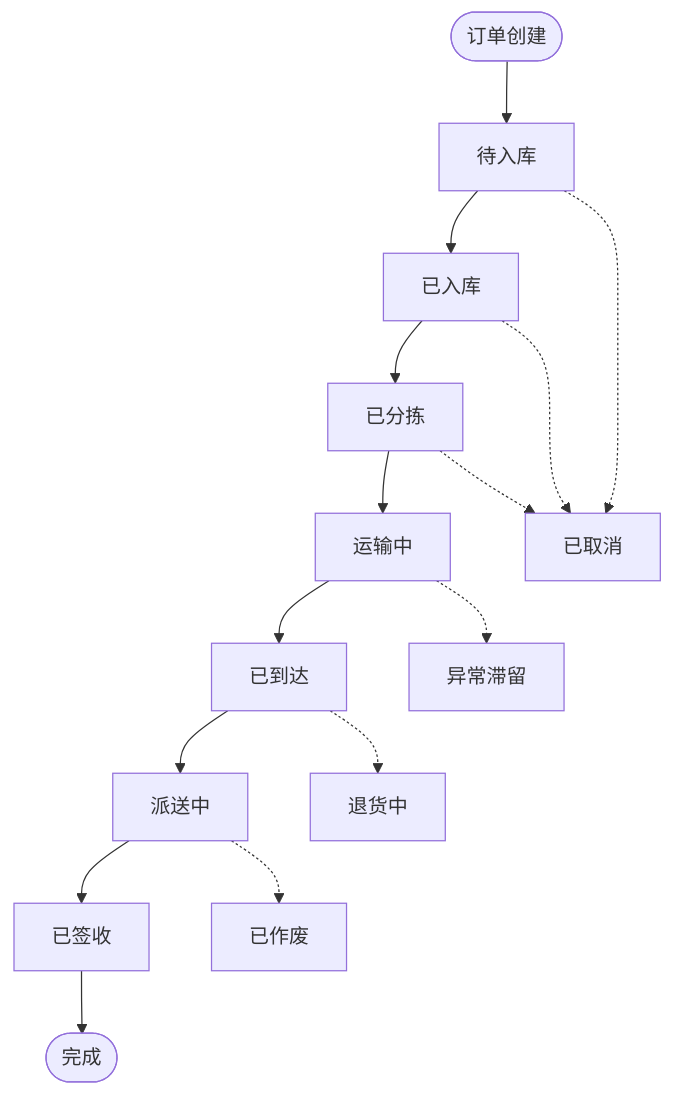
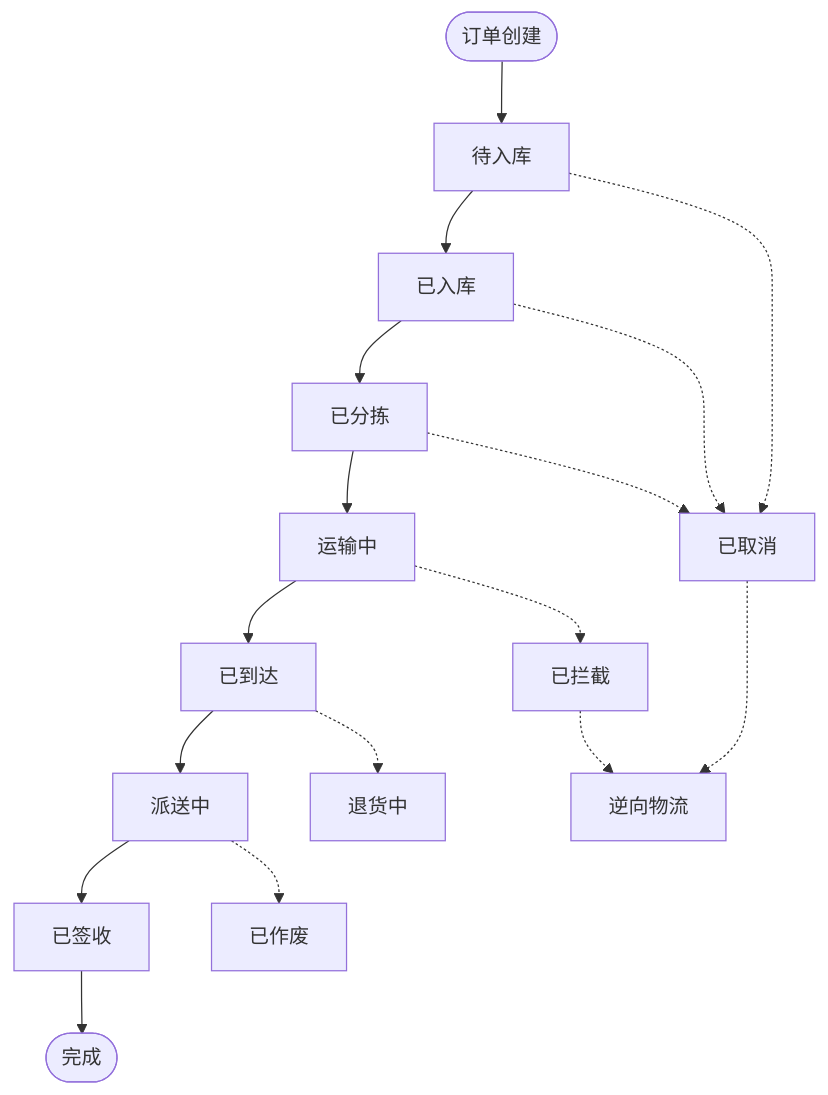
One commit to PengLine/blog-tms changed the fourth of 11 diagrams in .qoder/repowiki/zh/content/系统管理模块/运营管理/订单管理.md. Above: the diagram before and after it, drawn with Mermaid. The commit also changed other lines of this file and 101 other files, not shown here.

````diff
--- a/.qoder/repowiki/zh/content/系统管理模块/运营管理/订单管理.md
+++ b/.qoder/repowiki/zh/content/系统管理模块/运营管理/订单管理.md
@@ -276,17 +310,19 @@
 ```mermaid
 flowchart TD
 Start(["订单创建"]) --> Pending["待入库"]
 Pending --> Inbound["已入库"]
 Inbound --> Sorted["已分拣"]
 Sorted --> Shipping["运输中"]
 Shipping --> Arrived["已到达"]
 Arrived --> Delivering["派送中"]
 Delivering --> Signed["已签收"]
 Signed --> End(["完成"])
 Pending -.-> Cancelled["已取消"]
 Inbound -.-> Cancelled
 Sorted -.-> Cancelled
-Shipping -.-> Delayed["异常滞留"]
+Shipping -.-> Intercepted["已拦截"]
 Arrived -.-> Returning["退货中"]
 Delivering -.-> Voided["已作废"]
+Cancelled -.-> Reverse["逆向物流"]
+Intercepted -.-> Reverse
 ```
````
